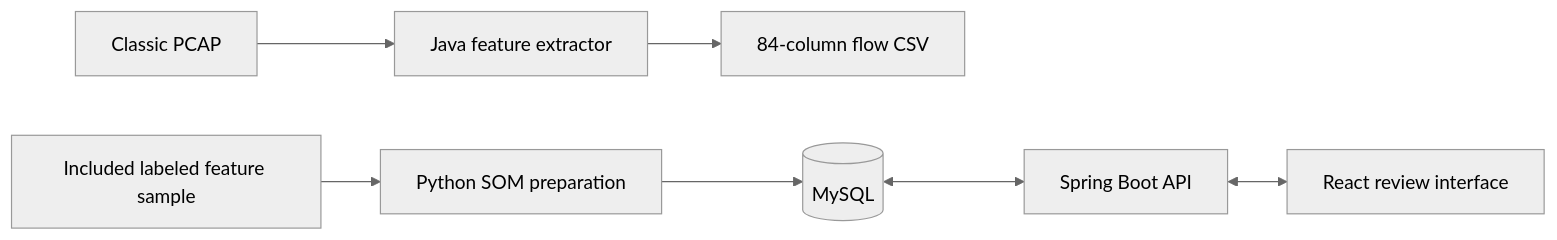
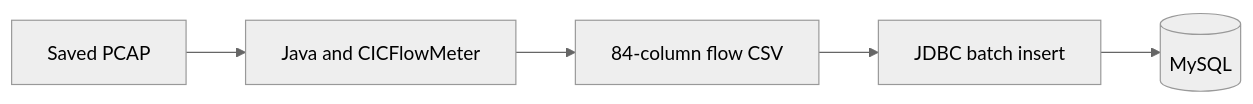
The first of 2 diagrams in README.md (kading88/cording88), drawn with Mermaid (neutral theme) before and after one commit. The commit also changed other lines of this file and 119 other files, not shown here.

First line of the commit message:
Keep a compact PCAP extractor with transactional MySQL storage

````diff
--- a/README.md
+++ b/README.md
@@ -25,9 +5,7 @@
 ```mermaid
 flowchart LR
-  P[Classic PCAP] --> J[Java feature extractor]
-  J --> C[84-column flow CSV]
-  S[Included labeled feature sample] --> M[Python SOM preparation]
-  M --> D[(MySQL)]
-  D <--> B[Spring Boot API]
-  B <--> U[React review interface]
+    A[Saved PCAP] --> B[Java and CICFlowMeter]
+    B --> C[84-column flow CSV]
+    C --> D[JDBC batch insert]
+    D --> E[(MySQL)]
 ```
````
